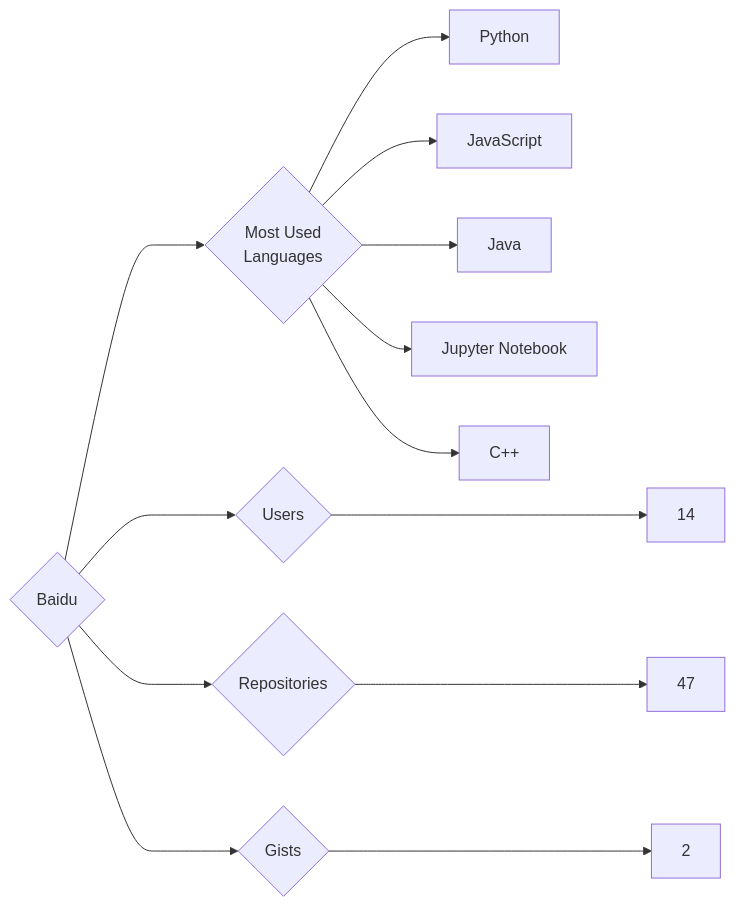
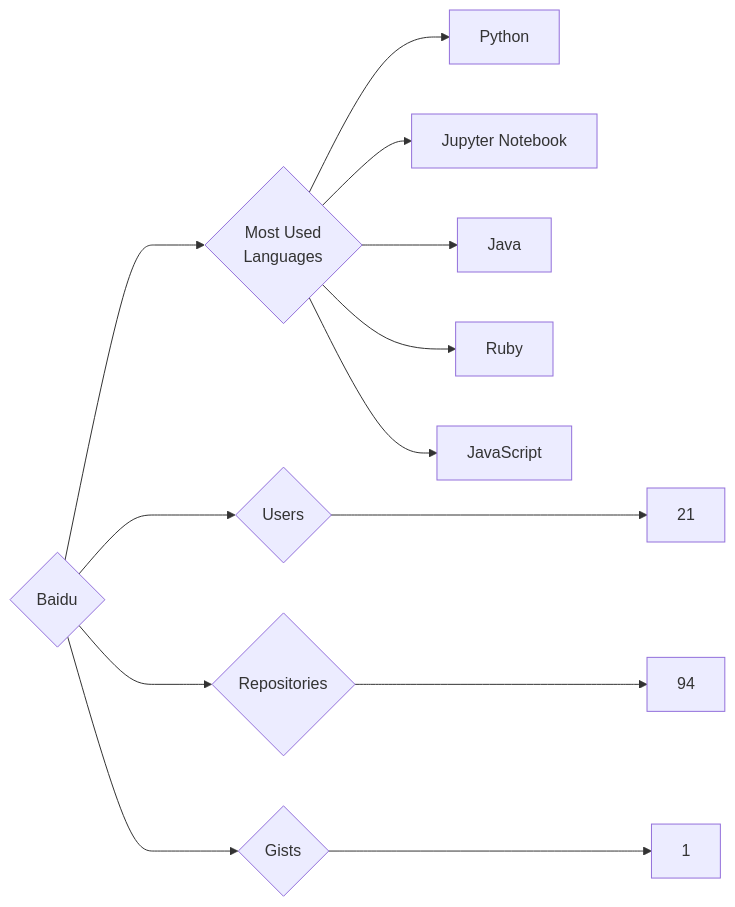
The diagram in targets/Baidu/README.md (trickest/insiders), drawn with Mermaid before and after one commit. The commit also changed 1166 other files, not shown here.

````diff
--- a/targets/Baidu/README.md
+++ b/targets/Baidu/README.md
@@ -3,13 +3,13 @@
 ```mermaid
 graph LR
 COMPANY_NAME{Baidu}
-COMPANY_NAME ---> U{Users} ---> UN[14]
-COMPANY_NAME ---> R{Repositories} ---> RN[47]
-COMPANY_NAME ---> G{Gists} ---> GN[2]
+COMPANY_NAME ---> U{Users} ---> UN[21]
+COMPANY_NAME ---> R{Repositories} ---> RN[94]
+COMPANY_NAME ---> G{Gists} ---> GN[1]
 COMPANY_NAME ---> ML{Most Used<br>Languages}
 ML --> Python[Python]
+ML --> Jupyter_Notebook[Jupyter Notebook]
+ML --> Java[Java]
+ML --> Ruby[Ruby]
 ML --> JavaScript[JavaScript]
-ML --> Java[Java]
-ML --> Jupyter_Notebook[Jupyter Notebook]
-ML --> C++[C++]
 ```
````
